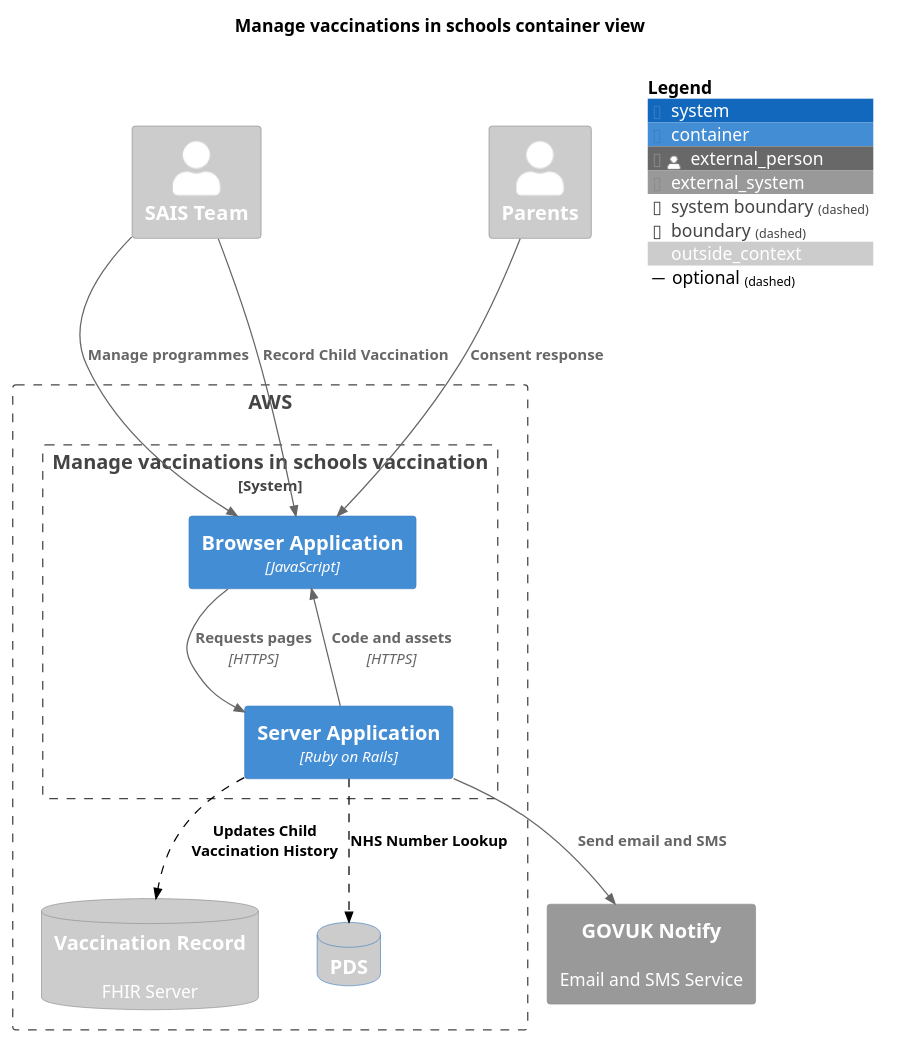
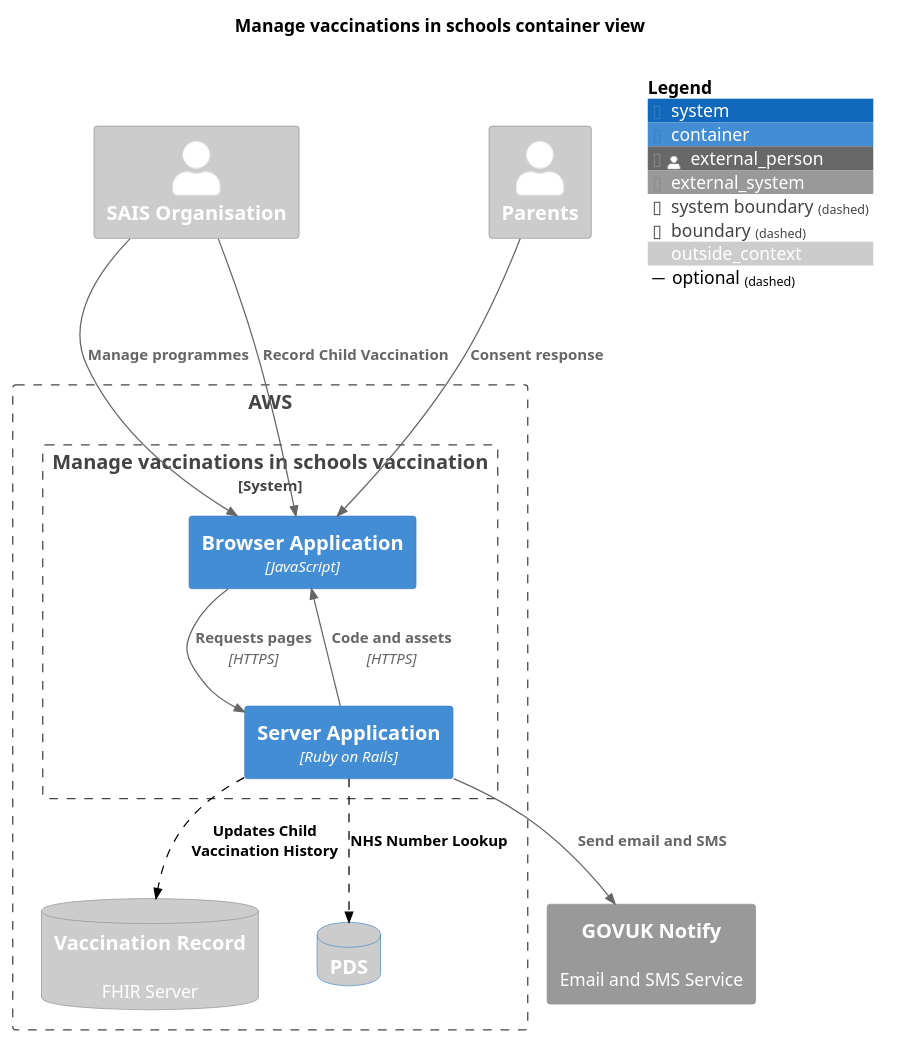
Before and after one commit to nhsuk/manage-vaccinations-in-schools: the diagram in docs/diagrams/container-view-future.puml, drawn with PlantUML. The commit also changed 217 other files, not shown here.

```diff
--- a/docs/diagrams/container-view-future.puml
+++ b/docs/diagrams/container-view-future.puml
@@ -1,41 +1,41 @@
 @startuml
 
 !include <C4/C4_Container.puml>
 
 LAYOUT_TOP_DOWN()
 
 title "Manage vaccinations in schools container view"
 
 AddElementTag("outside_context", $bgColor="#CCC", $fontColor="#FFF")
 
-Person_Ext(sais, "SAIS Team", $tags="outside_context")
+Person_Ext(sais, "SAIS Organisation", $tags="outside_context")
 Person_Ext(parents, "Parents", $tags="outside_context")
 
 Boundary(aws, "AWS") {
   System_Boundary(manage, "Manage vaccinations in schools vaccination", "") {
     Container(browser, "Browser Application", "JavaScript")
     Container(server, "Server Application", "Ruby on Rails")
   }
 
   SystemDb_Ext(vaccineRecord, "Vaccination Record", "FHIR Server")
   SystemDb_Ext(pds, "PDS", "")
 }
 
 System_Ext(govukNotify, "GOVUK Notify", "Email and SMS Service")
 SystemDb_Ext(vaccineRecord, "Vaccination Record", "FHIR Server", $tags="outside_context")
 SystemDb(pds, "PDS", "", $tags="outside_context")
 
 AddRelTag("optional", $textColor="black", $lineColor="black", $lineStyle="dashed")
 
 Rel(server, browser, "Code and assets", "HTTPS")
 Rel(browser, server, "Requests pages", "HTTPS")
 Rel(sais, browser, "Manage programmes")
 Rel(sais, browser, "Record Child Vaccination")
 Rel(parents, browser, "Consent response")
 Rel(server, govukNotify, "Send email and SMS")
 Rel(server, vaccineRecord, "Updates Child Vaccination History", $tags="optional")
 Rel(server, pds, "NHS Number Lookup", $tags="optional")
 
 SHOW_FLOATING_LEGEND()
 
 @enduml
```
